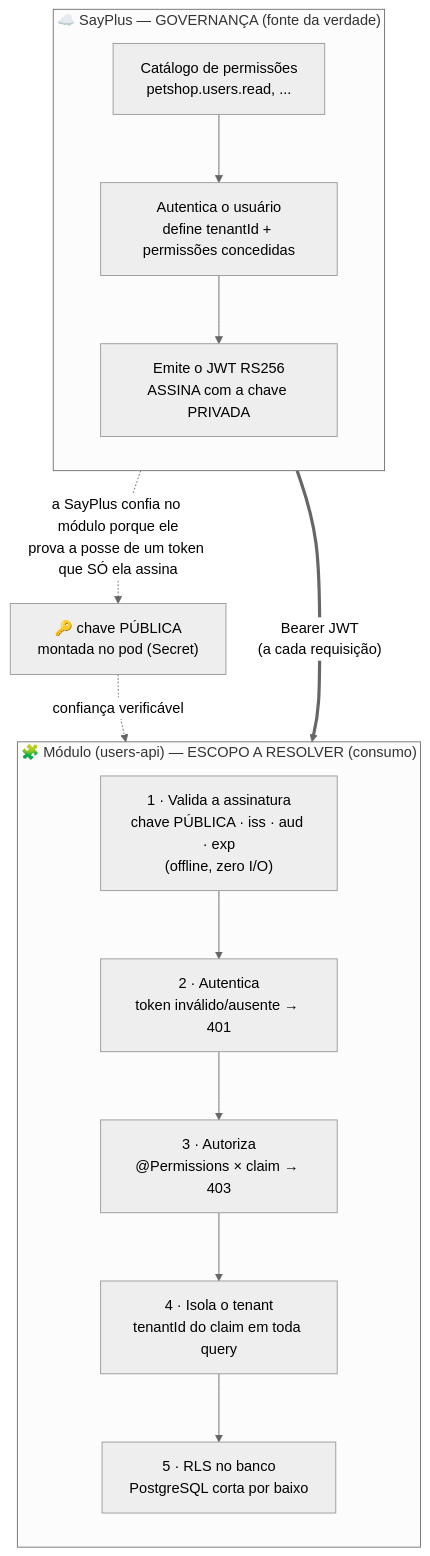
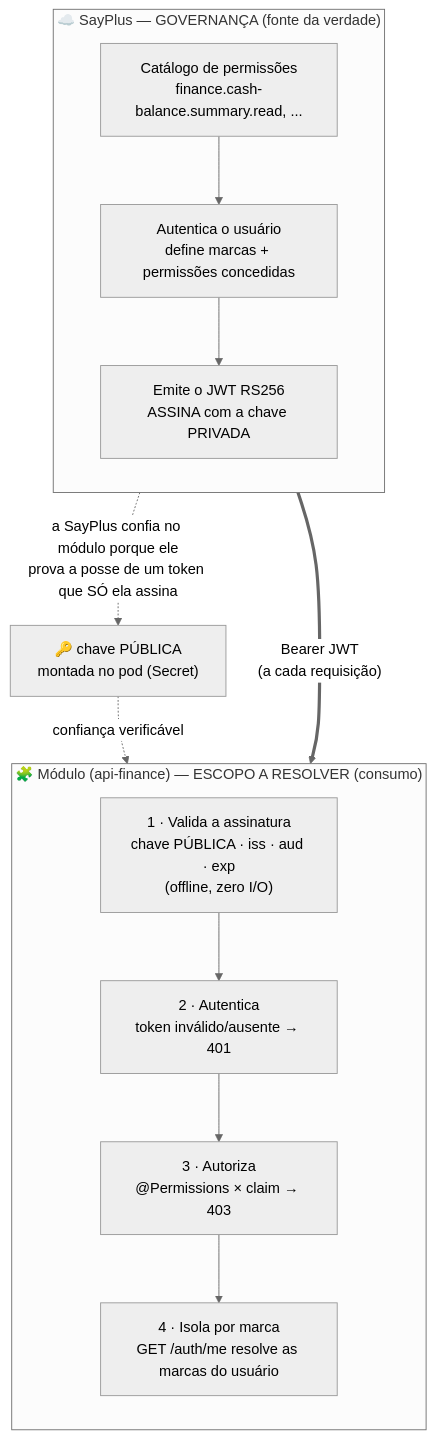
One commit to rian-suprema/api-finance changed the first of 2 diagrams in SECURITY-README.md. Above: the diagram before and after it, drawn with Mermaid (neutral theme). The commit also changed other lines of this file and 53 other files, not shown here.

First line of the commit message:
chore: remove boilerplate do exemplo petshop, RLS de tenant e renomeia users-api → api-finance

````diff
--- a/SECURITY-README.md
+++ b/SECURITY-README.md
@@ -15,24 +23,23 @@
 ```mermaid
 flowchart TB
     subgraph SAYPLUS["☁️ SayPlus — GOVERNANÇA (fonte da verdade)"]
         direction TB
-        CAT["Catálogo de permissões<br/>petshop.users.read, ..."]
-        IDN["Autentica o usuário<br/>define tenantId + permissões concedidas"]
+        CAT["Catálogo de permissões<br/>finance.cash-balance.summary.read, ..."]
+        IDN["Autentica o usuário<br/>define marcas + permissões concedidas"]
         SIGN["Emite o JWT RS256<br/>ASSINA com a chave PRIVADA"]
         CAT --> IDN --> SIGN
     end
 
-    subgraph MOD["🧩 Módulo (users-api) — ESCOPO A RESOLVER (consumo)"]
+    subgraph MOD["🧩 Módulo (api-finance) — ESCOPO A RESOLVER (consumo)"]
         direction TB
         V1["1 · Valida a assinatura<br/>chave PÚBLICA · iss · aud · exp<br/>(offline, zero I/O)"]
         V2["2 · Autentica<br/>token inválido/ausente → 401"]
         V3["3 · Autoriza<br/>@Permissions × claim → 403"]
-        V4["4 · Isola o tenant<br/>tenantId do claim em toda query"]
-        V5["5 · RLS no banco<br/>PostgreSQL corta por baixo"]
-        V1 --> V2 --> V3 --> V4 --> V5
+        V4["4 · Isola por marca<br/>GET /auth/me resolve as marcas do usuário"]
+        V1 --> V2 --> V3 --> V4
     end
 
     SIGN ==>|"Bearer JWT<br/>(a cada requisição)"| V1
     PUB["🔑 chave PÚBLICA<br/>montada no pod (Secret)"] -.->|"confiança verificável"| V1
     SIGN -.->|"a SayPlus confia no módulo porque ele\nprova a posse de um token que SÓ ela assina"| PUB
 ```
````
